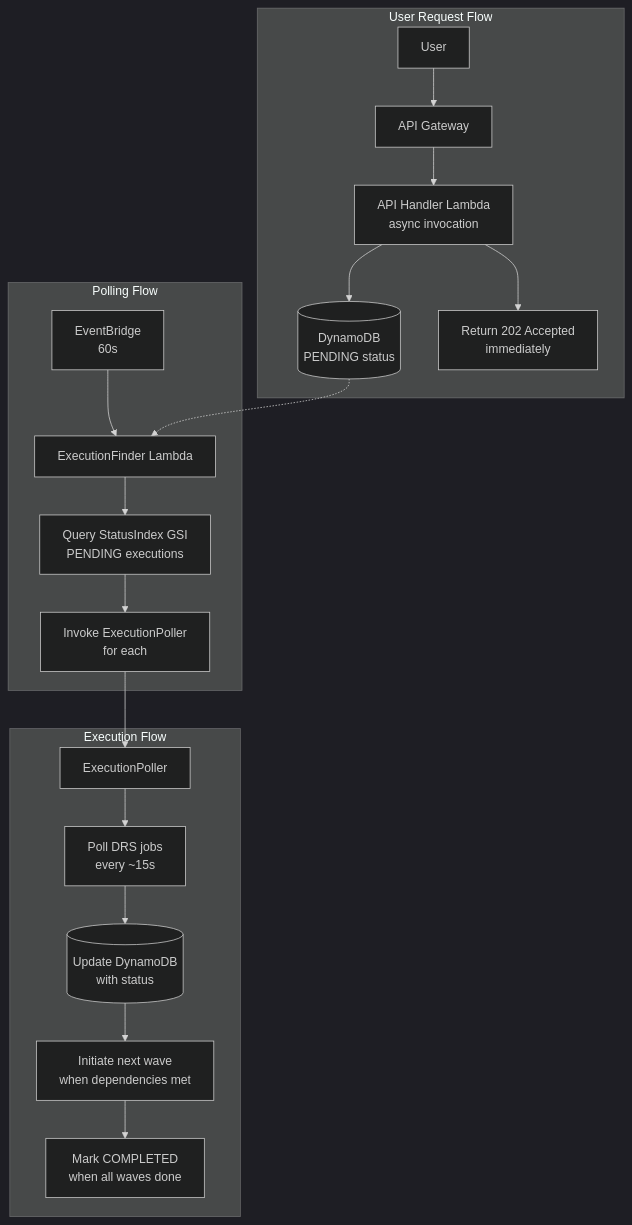
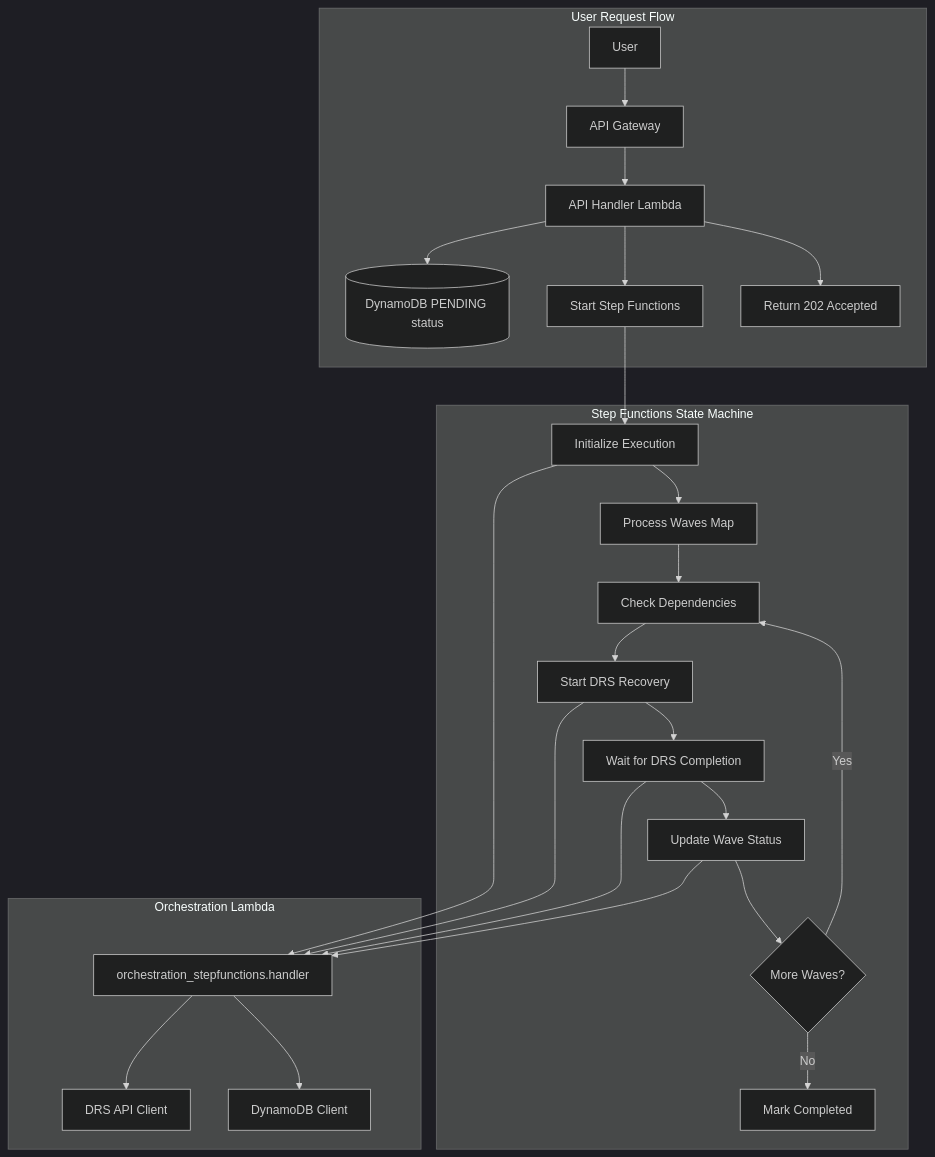
Before and after one commit to johnjcousens/aws-elasticdrs-orchestrator: the first of 2 diagrams in docs/architecture/STEP_FUNCTIONS_ANALYSIS.md, drawn with Mermaid (dark theme). The commit also changed other lines of this file and 12 other files, not shown here.

````diff
--- a/docs/architecture/STEP_FUNCTIONS_ANALYSIS.md
+++ b/docs/architecture/STEP_FUNCTIONS_ANALYSIS.md
@@ -32,25 +27,33 @@
 ```mermaid
 flowchart TD
     subgraph UserRequest["User Request Flow"]
         User[User] --> APIGW[API Gateway]
-        APIGW --> APIHandler[API Handler Lambda<br/>async invocation]
-        APIHandler --> DDB1[(DynamoDB<br/>PENDING status)]
-        APIHandler --> Return[Return 202 Accepted<br/>immediately]
+        APIGW --> APIHandler[API Handler Lambda]
+        APIHandler --> DDB1[(DynamoDB PENDING status)]
+        APIHandler --> StartSF[Start Step Functions]
+        APIHandler --> Return[Return 202 Accepted]
     end
     
-    subgraph PollingFlow["Polling Flow"]
-        EB[EventBridge<br/>60s] --> Finder[ExecutionFinder Lambda]
-        Finder --> Query[Query StatusIndex GSI<br/>PENDING executions]
-        Query --> Invoke[Invoke ExecutionPoller<br/>for each]
+    subgraph StepFunctions["Step Functions State Machine"]
+        Init[Initialize Execution] --> ProcessWaves[Process Waves Map]
+        ProcessWaves --> CheckDeps[Check Dependencies]
+        CheckDeps --> StartDRS[Start DRS Recovery]
+        StartDRS --> WaitDRS[Wait for DRS Completion]
+        WaitDRS --> UpdateStatus[Update Wave Status]
+        UpdateStatus --> NextWave{More Waves?}
+        NextWave -->|Yes| CheckDeps
+        NextWave -->|No| Complete[Mark Completed]
     end
     
-    subgraph ExecutionFlow["Execution Flow"]
-        Poller[ExecutionPoller] --> Poll[Poll DRS jobs<br/>every ~15s]
-        Poll --> Update[(Update DynamoDB<br/>with status)]
-        Update --> NextWave[Initiate next wave<br/>when dependencies met]
-        NextWave --> Complete[Mark COMPLETED<br/>when all waves done]
+    subgraph OrchestrationLambda["Orchestration Lambda"]
+        Handler[orchestration_stepfunctions.handler]
+        Handler --> DRSClient[DRS API Client]
+        Handler --> DDBClient[DynamoDB Client]
     end
     
-    DDB1 -.-> Finder
-    Invoke --> Poller
+    StartSF --> Init
+    Init --> Handler
+    StartDRS --> Handler
+    WaitDRS --> Handler
+    UpdateStatus --> Handler
 ```
````
